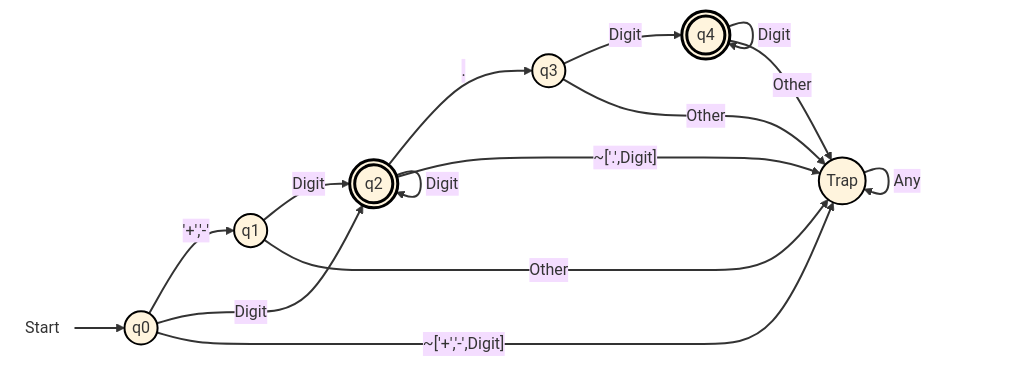
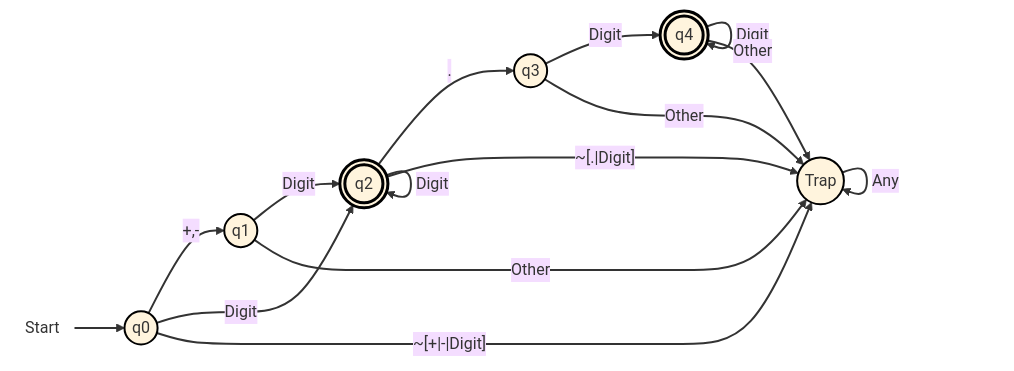
Before and after one commit to CS-Tiny-Compiler/a-tiny-compiler: the first of 9 diagrams in docs/DFA.md, drawn with Mermaid (base theme). The commit also changed other lines of this file, not shown here.

Commit message:
added final touches to number regex + DFA
Removed unnecessary escape '\', used HTML codes to make + and - look better without single quotes, and used or inside square brackets instead of commas, also generally changed the title of the document to specify it contains regex + DFAs

````diff
--- a/docs/DFA.md
+++ b/docs/DFA.md
@@ -10,27 +10,27 @@
 ```mermaid
   flowchart LR
     start(((Start))):::startNode --> q0(("q0")):::normal
 
-    q0 --> |"'+','-'"| q1(("q1")):::normal
+    q0 --> |"#43;,#45;"| q1(("q1")):::normal
     q0 --> |Digit| q2((("q2"))):::finalState
-    q0 --> |"~['+','-',Digit]"| trap(("Trap")):::trap
+    q0 --> |"~[#43;|#45;|Digit]"| trap(("Trap")):::trap
     q1 --> |Digit| q2
     q1 --> |Other| trap
     q2 --> |"."| q3(("q3")):::normal
-    q2 --> |"~['.',Digit]"| trap
+    q2 --> |"~[.|Digit]"| trap
     q2 --> |Digit| q2
     q3 --> |Digit| q4((("q4"))):::finalState
     q3 --> |Other| trap
     q4 --> |Digit| q4
     q4 --> |Other| trap
 
     trap --> |Any| trap
 
     classDef startNode fill:none,stroke:none;
     classDef normal stroke:#000,stroke-width:2px;
     classDef finalState stroke:#000,stroke-width:3px;
     classDef trap stroke:#000,stroke-width:2px;
 
     linkStyle default stroke:#333,stroke-width:2px,fill:none;
 
 ```
````
